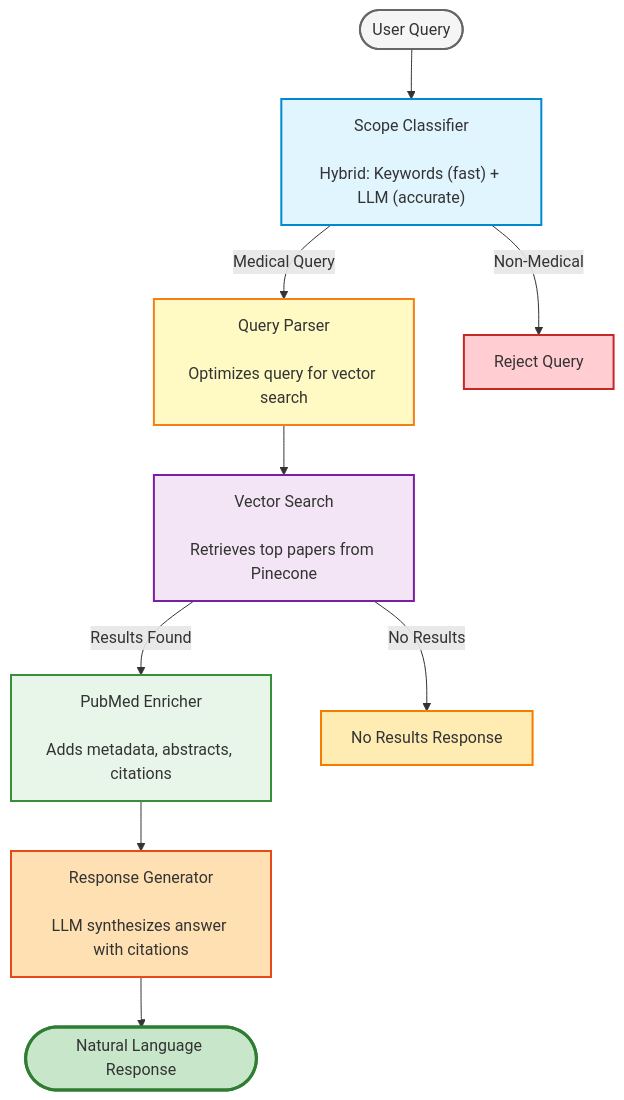
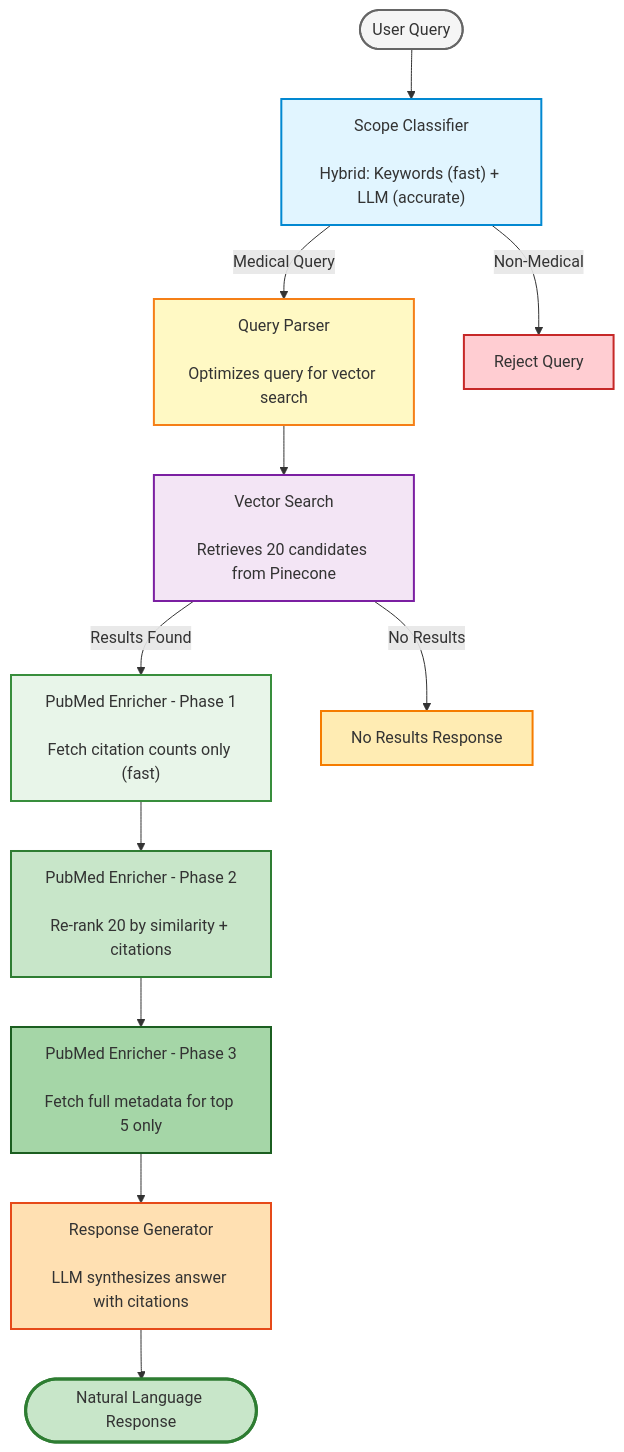
One commit to haider-toha/sanc-health-th changed the diagram in README.md. Above: the diagram before and after it, drawn with Mermaid. The commit also changed other lines of this file and 11 other files, not shown here.

````diff
--- a/README.md
+++ b/README.md
@@ -19,33 +19,41 @@
 ```mermaid
 flowchart TB
     Start([User Query]) --> Step1
     
     Step1["Scope Classifier<br/><br/>Hybrid: Keywords (fast) + LLM (accurate)"]
     Step1 -->|Medical Query| Step2
     Step1 -->|Non-Medical| End1[Reject Query]
     
     Step2["Query Parser<br/><br/>Optimizes query for vector search"]
     Step2 --> Step3
     
-    Step3["Vector Search<br/><br/>Retrieves top papers from Pinecone"]
+    Step3["Vector Search<br/><br/>Retrieves 20 candidates from Pinecone"]
     Step3 -->|Results Found| Step4
     Step3 -->|No Results| End2[No Results Response]
     
-    Step4["PubMed Enricher<br/><br/>Adds metadata, abstracts, citations"]
+    Step4["PubMed Enricher - Phase 1<br/><br/>Fetch citation counts only (fast)"]
     Step4 --> Step5
     
-    Step5["Response Generator<br/><br/>LLM synthesizes answer with citations"]
-    Step5 --> End3
+    Step5["PubMed Enricher - Phase 2<br/><br/>Re-rank 20 by similarity + citations"]
+    Step5 --> Step6
+    
+    Step6["PubMed Enricher - Phase 3<br/><br/>Fetch full metadata for top 5 only"]
+    Step6 --> Step7
+    
+    Step7["Response Generator<br/><br/>LLM synthesizes answer with citations"]
+    Step7 --> End3
     
     End3([Natural Language Response])
     
     style Step1 fill:#e1f5ff,stroke:#0288d1,stroke-width:2px
     style Step2 fill:#fff9c4,stroke:#f57f17,stroke-width:2px
     style Step3 fill:#f3e5f5,stroke:#7b1fa2,stroke-width:2px
     style Step4 fill:#e8f5e9,stroke:#388e3c,stroke-width:2px
-    style Step5 fill:#ffe0b2,stroke:#e64a19,stroke-width:2px
+    style Step5 fill:#c8e6c9,stroke:#2e7d32,stroke-width:2px
+    style Step6 fill:#a5d6a7,stroke:#1b5e20,stroke-width:2px
+    style Step7 fill:#ffe0b2,stroke:#e64a19,stroke-width:2px
     style Start fill:#f5f5f5,stroke:#666,stroke-width:2px
     style End3 fill:#c8e6c9,stroke:#2e7d32,stroke-width:3px
     style End1 fill:#ffcdd2,stroke:#c62828,stroke-width:2px
     style End2 fill:#ffecb3,stroke:#f57c00,stroke-width:2px
 ```
````
